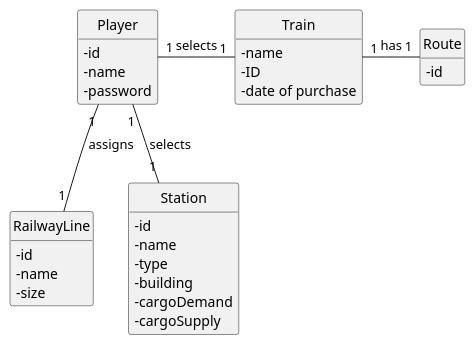
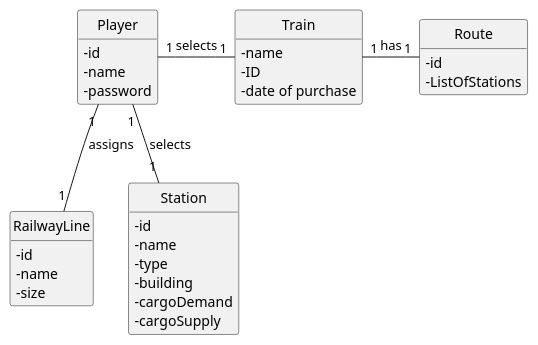
The diagram in docs/sprint1/us010/02.analysis/puml/us010-domain-model.puml (ivasduarte/all-aboard), drawn with PlantUML before and after one commit.

Commit message:
US010(docs): Updated Domain Model

```diff
--- a/docs/sprint1/us010/02.analysis/puml/us010-domain-model.puml
+++ b/docs/sprint1/us010/02.analysis/puml/us010-domain-model.puml
@@ -1,51 +1,52 @@
 @startuml
 skinparam monochrome true
 skinparam packageStyle rectangle
 skinparam shadowing false
 
 'left to right direction
 
 skinparam classAttributeIconSize 0
 
 hide circle
 hide methods
 
 'title Domain Model
 
 class RailwayLine{
     - id
     - name
     - size
 }
 
 class Train{
     - name
     - ID
     - date of purchase
 }
 
 class Station {
     - id
     - name
     - type
     - building
     - cargoDemand
     - cargoSupply
 }
 
 class Player {
     - id
     - name
     - password
 }
 
 class Route{
     - id
+    - ListOfStations
 }
 
 Player "1" - "1" Train : selects
 Player "1" -- "1" Station : selects
 
 Player "1" -- "1" RailwayLine : assigns
 Train "1" - "1" Route : has
 @enduml
```
